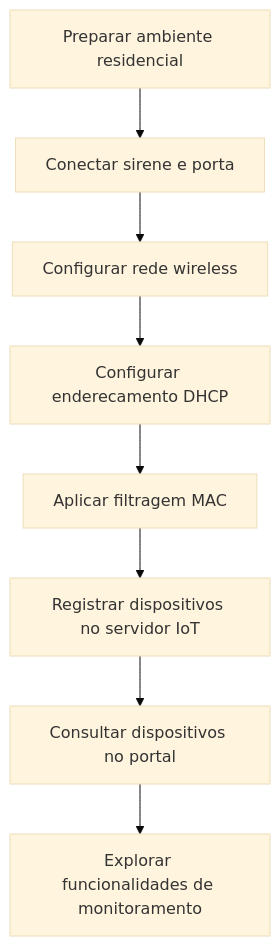
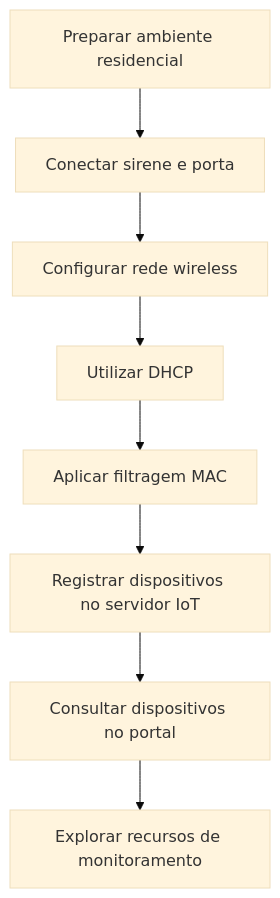
Before and after one commit to giovanna-faraujo/Cisco_Packet_Tracer-Lab-Controle_Dispositivos_IoT: the diagram in README.md, drawn with Mermaid (base theme). The commit also changed other lines of this file, not shown here.

````diff
--- a/README.md
+++ b/README.md
@@ -182,10 +160,10 @@
 ```mermaid
 flowchart TD
     A[Preparar ambiente residencial] --> B[Conectar sirene e porta]
     B --> C[Configurar rede wireless]
-    C --> D[Configurar enderecamento DHCP]
+    C --> D[Utilizar DHCP]
     D --> E[Aplicar filtragem MAC]
     E --> F[Registrar dispositivos no servidor IoT]
     F --> G[Consultar dispositivos no portal]
-    G --> H[Explorar funcionalidades de monitoramento]
+    G --> H[Explorar recursos de monitoramento]
 ```
````
